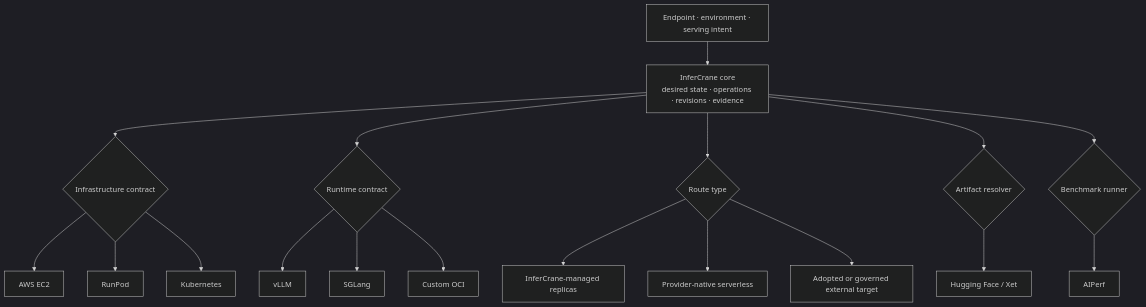
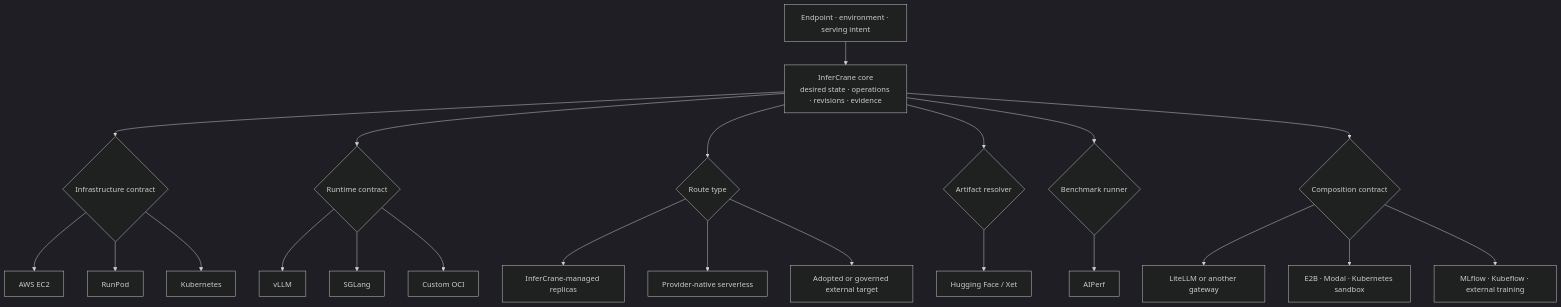
Before and after one commit to infercrane/infercrane: the second of 2 diagrams in docs/architecture/system.mdx, drawn with Mermaid (dark theme). The commit also changed other lines of this file and 41 other files, not shown here.

Commit message:
feat: add replaceable external composition contracts

````diff
--- a/docs/architecture/system.mdx
+++ b/docs/architecture/system.mdx
@@ -81,24 +93,28 @@
 ```mermaid
 flowchart TB
   INTENT[Endpoint · environment · serving intent]
   CORE[InferCrane core<br/>desired state · operations · revisions · evidence]
   INTENT --> CORE
 
   CORE --> INFRA{Infrastructure contract}
   CORE --> RUNTIME{Runtime contract}
   CORE --> ROUTE{Route type}
   CORE --> ARTIFACT{Artifact resolver}
   CORE --> BENCH{Benchmark runner}
+  CORE --> COMPOSE{Composition contract}
 
   INFRA --> AWS[AWS EC2]
   INFRA --> RP[RunPod]
   INFRA --> K8S[Kubernetes]
   RUNTIME --> VLLM[vLLM]
   RUNTIME --> SGL[SGLang]
   RUNTIME --> OCI[Custom OCI]
   ROUTE --> NATIVE[InferCrane-managed replicas]
   ROUTE --> SL[Provider-native serverless]
   ROUTE --> EXT[Adopted or governed external target]
   ARTIFACT --> HF[Hugging Face / Xet]
   BENCH --> AIP[AIPerf]
+  COMPOSE --> LLMGW[LiteLLM or another gateway]
+  COMPOSE --> SBX[E2B · Modal · Kubernetes sandbox]
+  COMPOSE --> TRN[MLflow · Kubeflow · external training]
 ```
````
